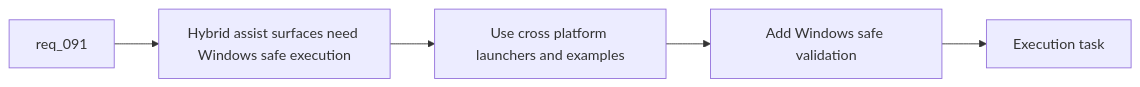
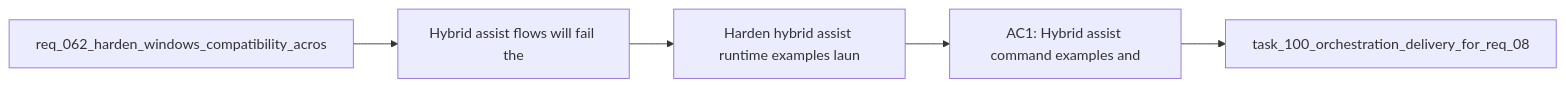
One commit to AlexAgo83/logics-manager changed the diagram in logics/backlog/item_146_harden_hybrid_assist_runtime_examples_launchers_and_validation_for_windows_safe_execution.md. Above: the diagram before and after it, drawn with Mermaid. The commit also changed 481 other files, not shown here.

````diff
--- a/logics/backlog/item_146_harden_hybrid_assist_runtime_examples_launchers_and_validation_for_windows_safe_execution.md
+++ b/logics/backlog/item_146_harden_hybrid_assist_runtime_examples_launchers_and_validation_for_windows_safe_execution.md
@@ -28,9 +28,9 @@
 ```mermaid
 %% logics-kind: backlog
 %% logics-signature: backlog|harden-hybrid-assist-runtime-examples-la|req-062-harden-windows-compatibility-acr|hybrid-assist-flows-will-fail-the|ac1-hybrid-assist-command-examples-and
 flowchart LR
-    Request[req_091] --> Problem[Hybrid assist surfaces need Windows safe execution]
-    Problem --> Launchers[Use cross platform launchers and examples]
-    Launchers --> Validate[Add Windows safe validation]
-    Validate --> Done[Execution task]
+    Request[req_062_harden_windows_compatibility_acros] --> Problem[Hybrid assist flows will fail the]
+    Problem --> Scope[Harden hybrid assist runtime examples laun]
+    Scope --> Acceptance[AC1: Hybrid assist command examples and]
+    Acceptance --> Tasks[task_100_orchestration_delivery_for_req_08]
 ```
````
